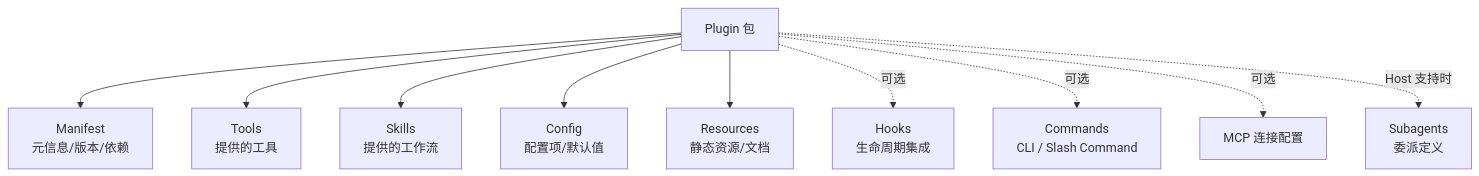
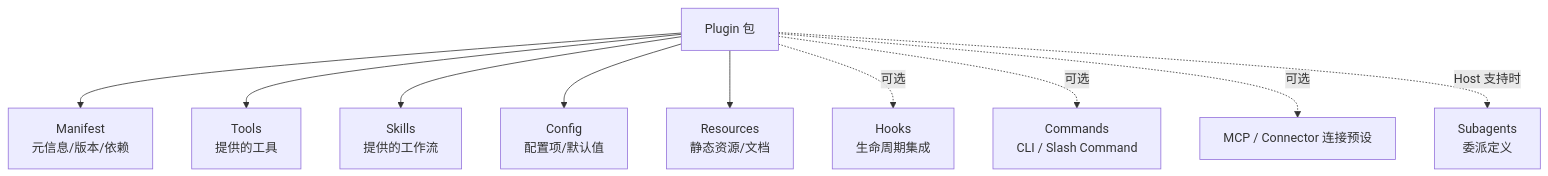
The first of 2 diagrams in docs/chapters/14-plugin-system/README.md (dollarser/modern-ai-agent-architecture), drawn with Mermaid before and after one commit. The commit also changed other lines of this file and 132 other files, not shown here.

Commit message:
Finalize AI Agent book architecture and release preparation

````diff
--- a/docs/chapters/14-plugin-system/README.md
+++ b/docs/chapters/14-plugin-system/README.md
@@ -61,12 +66,12 @@
 ```mermaid
 graph TD
     Plugin[Plugin 包] --> Manifest[Manifest<br/>元信息/版本/依赖]
     Plugin --> Tools[Tools<br/>提供的工具]
     Plugin --> Skills[Skills<br/>提供的工作流]
     Plugin --> Config[Config<br/>配置项/默认值]
     Plugin --> Resources[Resources<br/>静态资源/文档]
     Plugin -.可选.-> Hooks[Hooks<br/>生命周期集成]
     Plugin -.可选.-> Commands[Commands<br/>CLI / Slash Command]
-    Plugin -.可选.-> MCPConfig[MCP 连接配置]
+    Plugin -.可选.-> MCPConfig[MCP / Connector 连接预设]
     Plugin -.Host 支持时.-> Subagents[Subagents<br/>委派定义]
 ```
````
